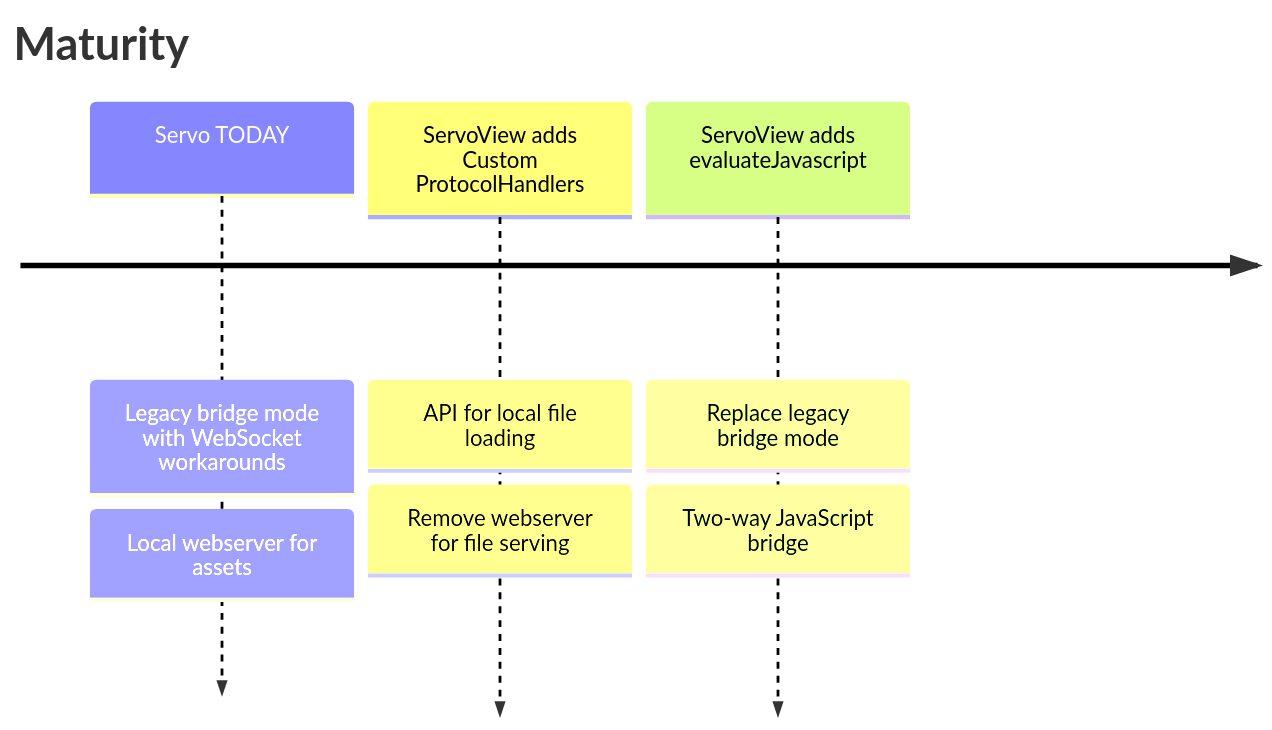
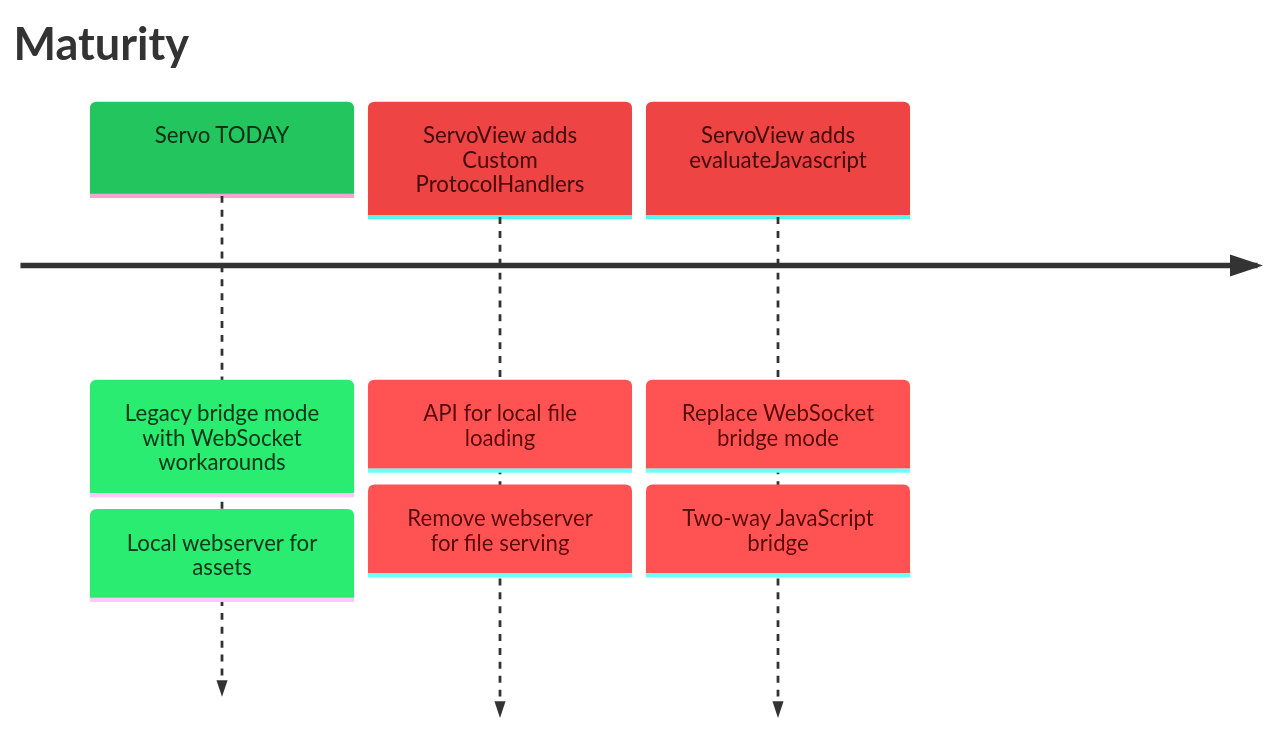
Before and after one commit to NiklasMerz/cordova-plugin-servo-webview: the diagram in README.md, drawn with Mermaid. The commit also changed other lines of this file, not shown here.

Commit message:
better document current status

````diff
--- a/README.md
+++ b/README.md
@@ -34,10 +36,21 @@
 ```mermaid
+%%{init: {
+  "theme": "base",
+  "themeVariables": {
+    "cScale0": "#22c55e",
+    "cScale1": "#ef4444",
+    "cScale2": "#ef4444",
+    "cScaleLabel0": "#052e16",
+    "cScaleLabel1": "#450a0a",
+    "cScaleLabel2": "#450a0a"
+  }
+}}%%
 timeline
     title Maturity
     Servo TODAY: Legacy bridge mode with WebSocket workarounds
-           : Local webserver for assets
+        : Local webserver for assets
     ServoView adds Custom ProtocolHandlers : API for local file loading
-           : Remove webserver for file serving
-    ServoView adds evaluateJavascript: Replace legacy bridge mode
-           : Two-way JavaScript bridge
+        : Remove webserver for file serving
+    ServoView adds evaluateJavascript: Replace WebSocket bridge mode
+        : Two-way JavaScript bridge
 ```
````
